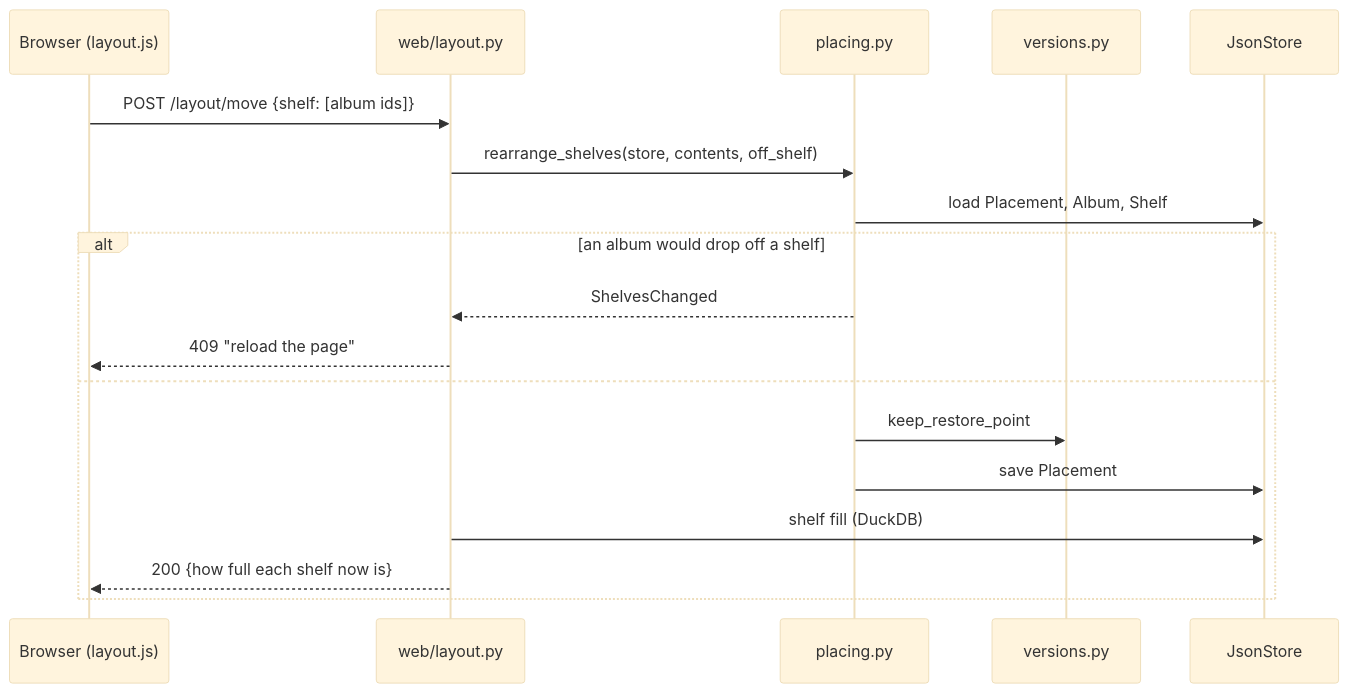
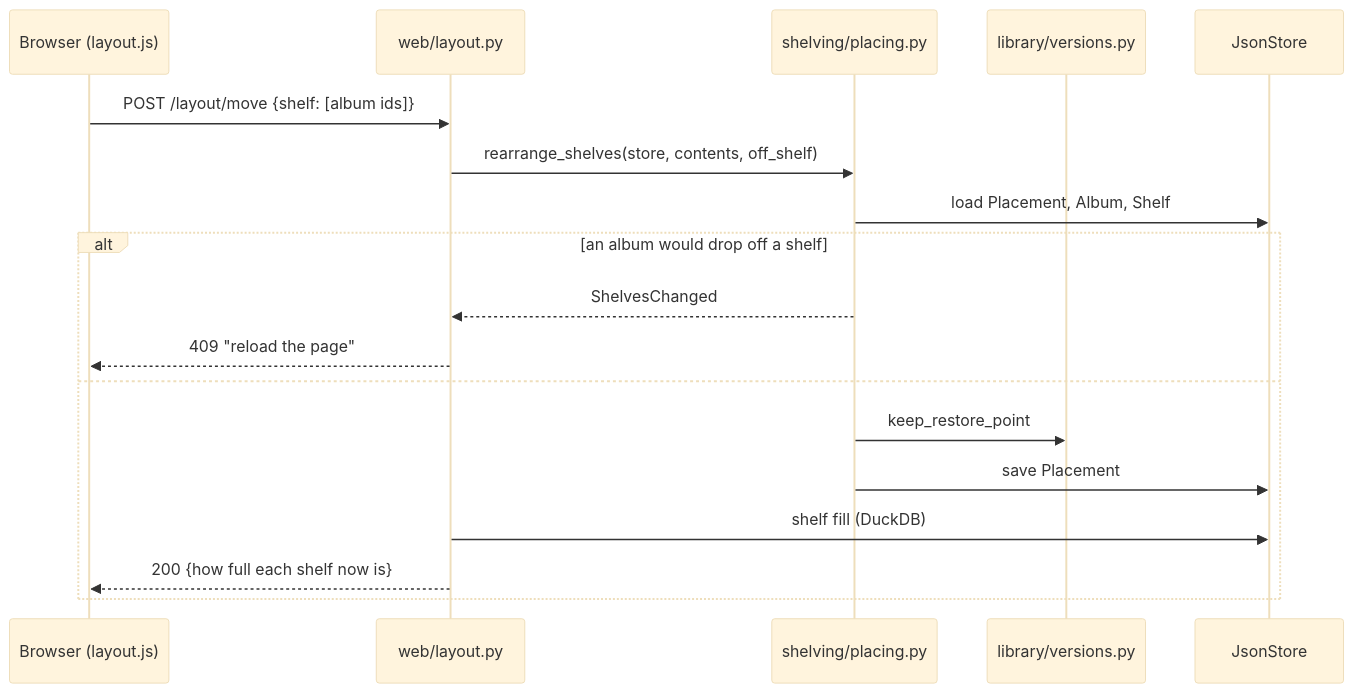
The second of 2 diagrams in docs-site/docs/developer/architecture.md (mark-me/sleeve-shelf), drawn with Mermaid (base theme) before and after one commit. The commit also changed other lines of this file and 92 other files, not shown here.

````diff
--- a/docs-site/docs/developer/architecture.md
+++ b/docs-site/docs/developer/architecture.md
@@ -41,20 +55,20 @@
 ```mermaid
 sequenceDiagram
     participant B as Browser (layout.js)
     participant W as web/layout.py
-    participant P as placing.py
-    participant V as versions.py
+    participant P as shelving/placing.py
+    participant V as library/versions.py
     participant S as JsonStore
     B->>W: POST /layout/move {shelf: [album ids]}
     W->>P: rearrange_shelves(store, contents, off_shelf)
     P->>S: load Placement, Album, Shelf
     alt an album would drop off a shelf
         P-->>W: ShelvesChanged
         W-->>B: 409 "reload the page"
     else
         P->>V: keep_restore_point
         P->>S: save Placement
         W->>S: shelf fill (DuckDB)
         W-->>B: 200 {how full each shelf now is}
     end
 ```
````
